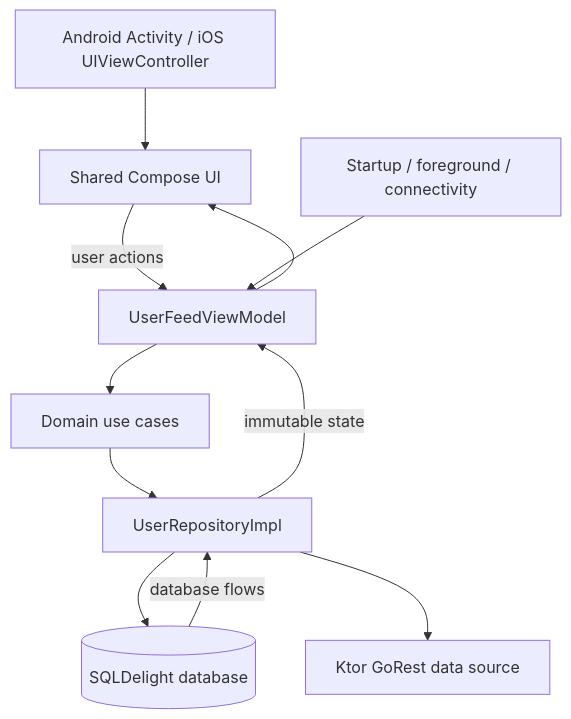
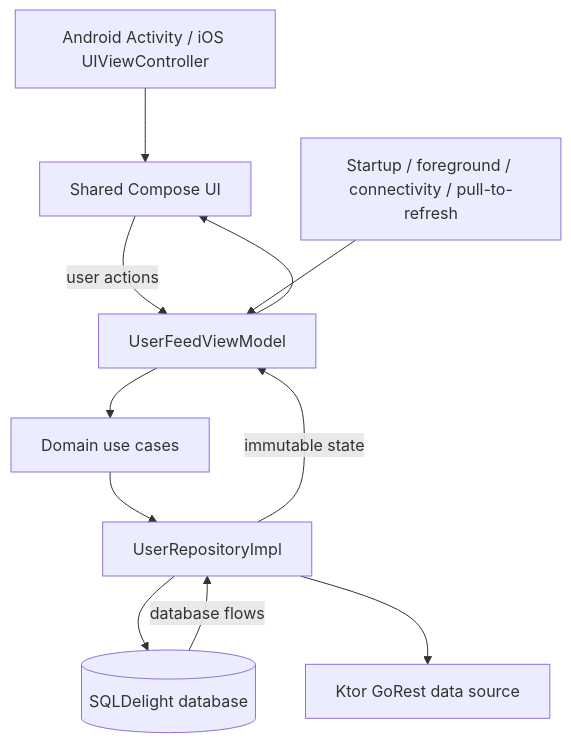
Before and after one commit to yuenkl/Bill-User-Management-System: the diagram in README.md, drawn with Mermaid. The commit also changed other lines of this file and 10 other files, not shown here.

Commit message:
fix: restore pull to refresh

````diff
--- a/README.md
+++ b/README.md
@@ -20,13 +20,13 @@
 ```mermaid
 flowchart TD
     A[Android Activity / iOS UIViewController] --> B[Shared Compose UI]
     B -->|user actions| C[UserFeedViewModel]
     C --> D[Domain use cases]
     D --> E[UserRepositoryImpl]
     E --> F[(SQLDelight database)]
     E --> G[Ktor GoRest data source]
-    I[Startup / foreground / connectivity] --> C
+    I[Startup / foreground / connectivity / pull-to-refresh] --> C
     F -->|database flows| E
     E -->|immutable state| C
     C --> B
 ```
````
